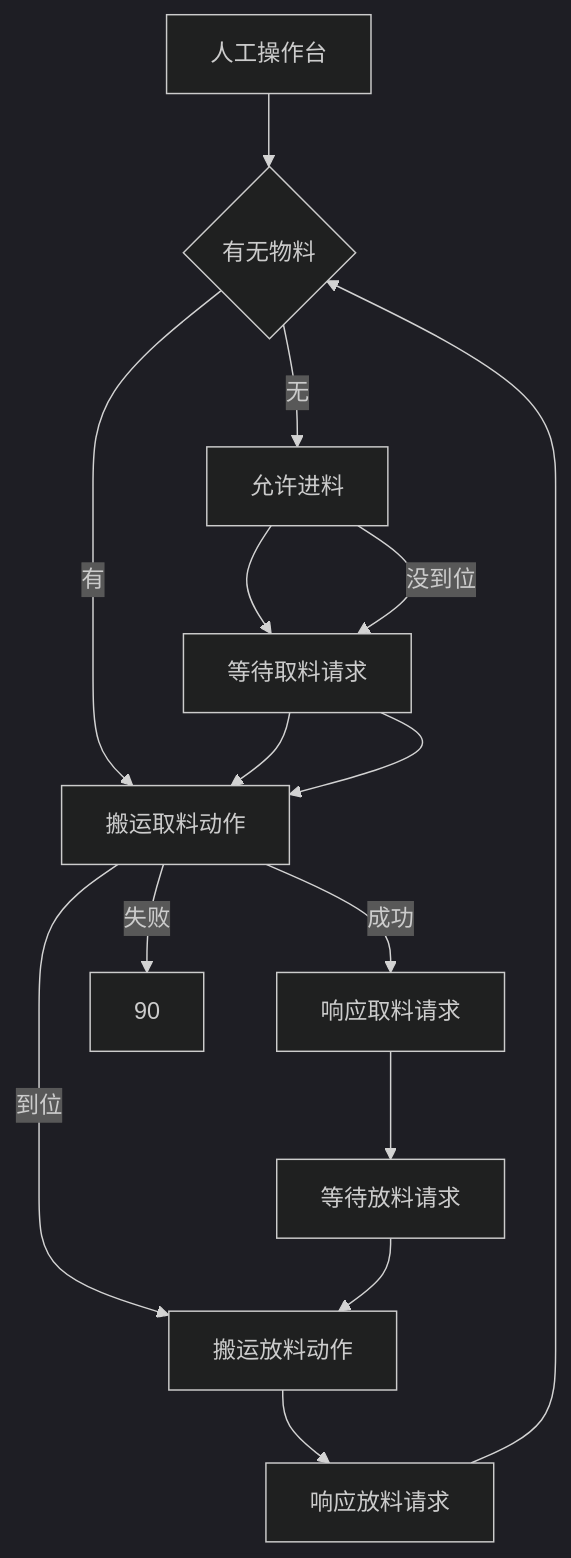
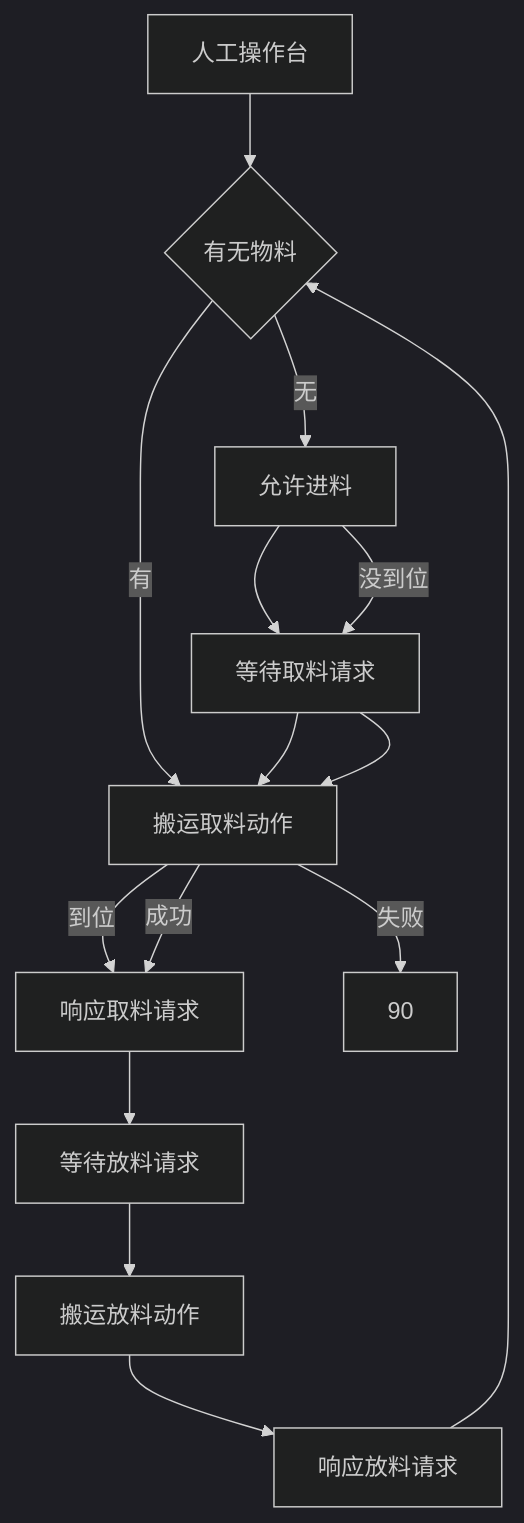
Before and after one commit to PengKun1/iodraw-files: the diagram in all/未命名-4.md, drawn with Mermaid (dark theme).

Commit message:
2024-12-20 14:46:34 update

````diff
--- a/all/未命名-4.md
+++ b/all/未命名-4.md
@@ -1,17 +1,17 @@
 ```mermaid
 graph TD
 0[人工操作台]-->10
 10{有无物料}-->|无|20
 10-->|有|40
 20[允许进料]-->30
 30[前工位出料中]-->40
-40{是否到位}-->|到位|70
+40{是否到位}-->|到位|50
 20-->|没到位|30
 30[等待取料请求]-->40
 40[搬运取料动作]-->|成功|50
 40-->|失败|90
 50[响应取料请求]-->60
 60[等待放料请求]-->70
 70[搬运放料动作]-->80
 80[响应放料请求]-->10
 ```
````
